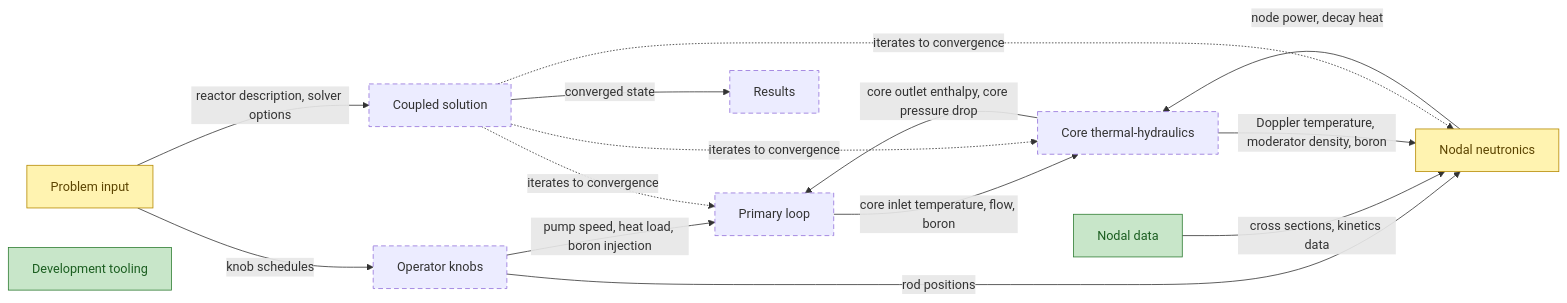
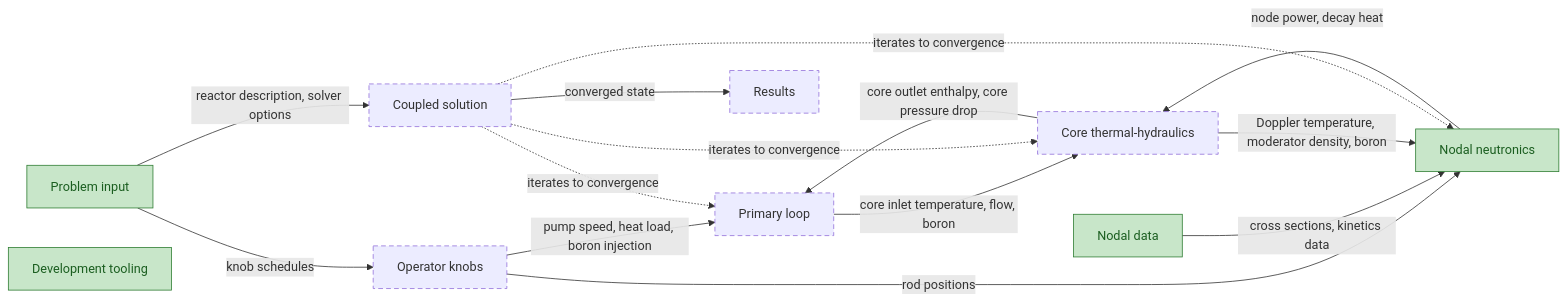
The first of 15 diagrams in Planning/DBC/CONCEPTS.md (aurja130/URUS), drawn with Mermaid before and after one commit. The commit also changed other lines of this file and 32 other files, not shown here.

First line of the commit message:
Finish 1.3: problem input reader, cross-section model, input writer

````diff
--- a/Planning/DBC/CONCEPTS.md
+++ b/Planning/DBC/CONCEPTS.md
@@ -20,25 +20,24 @@
 ```mermaid
 flowchart LR
 classDef implemented fill:#c8e6c9,stroke:#2e7d32,color:#1b5e20
 classDef partial fill:#fff3b0,stroke:#b58900,color:#5c4400
 classDef planned stroke-dasharray:6 4
 classDef external fill:#eeeeee,stroke:#9e9e9e,stroke-dasharray:1 3,color:#616161
 ProblemInput["Problem input"] -->|knob schedules| Knobs["Operator knobs"]
 ProblemInput -->|reactor description, solver options| Coupling["Coupled solution"]
 Knobs -->|pump speed, heat load, boron injection| PrimaryLoop["Primary loop"]
 Knobs -->|rod positions| Neutronics["Nodal neutronics"]
 NodalLibrary["Nodal data"] -->|cross sections, kinetics data| Neutronics
 PrimaryLoop -->|core inlet temperature, flow, boron| CoreThermalHydraulics["Core thermal-hydraulics"]
 CoreThermalHydraulics -->|core outlet enthalpy, core pressure drop| PrimaryLoop
 Neutronics -->|node power, decay heat| CoreThermalHydraulics
 CoreThermalHydraulics -->|Doppler temperature, moderator density, boron| Neutronics
 Coupling -.->|iterates to convergence| Neutronics
 Coupling -.->|iterates to convergence| CoreThermalHydraulics
 Coupling -.->|iterates to convergence| PrimaryLoop
 Coupling -->|converged state| Results["Results"]
 Tooling["Development tooling"]
 class Knobs,CoreThermalHydraulics,PrimaryLoop,Coupling,Results planned
-class ProblemInput,Neutronics partial
-class NodalLibrary implemented
+class ProblemInput,Neutronics,NodalLibrary implemented
 class Tooling implemented
 ```
````
